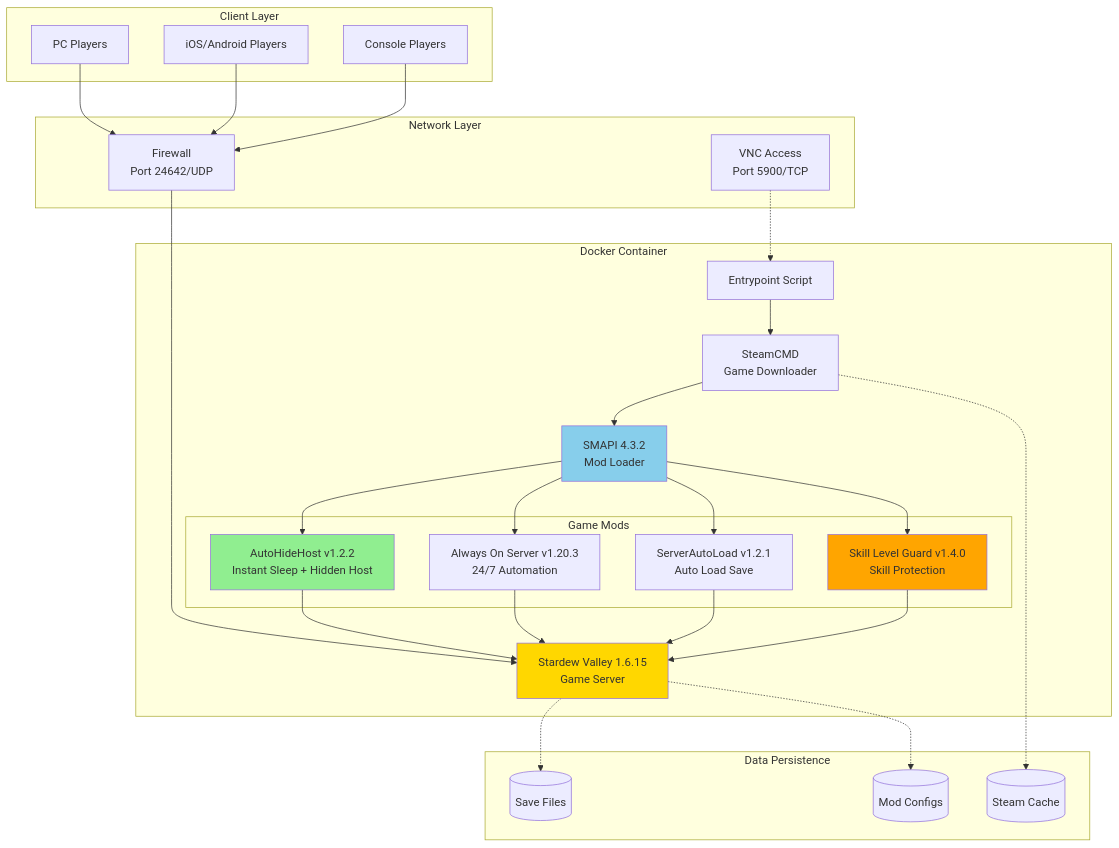
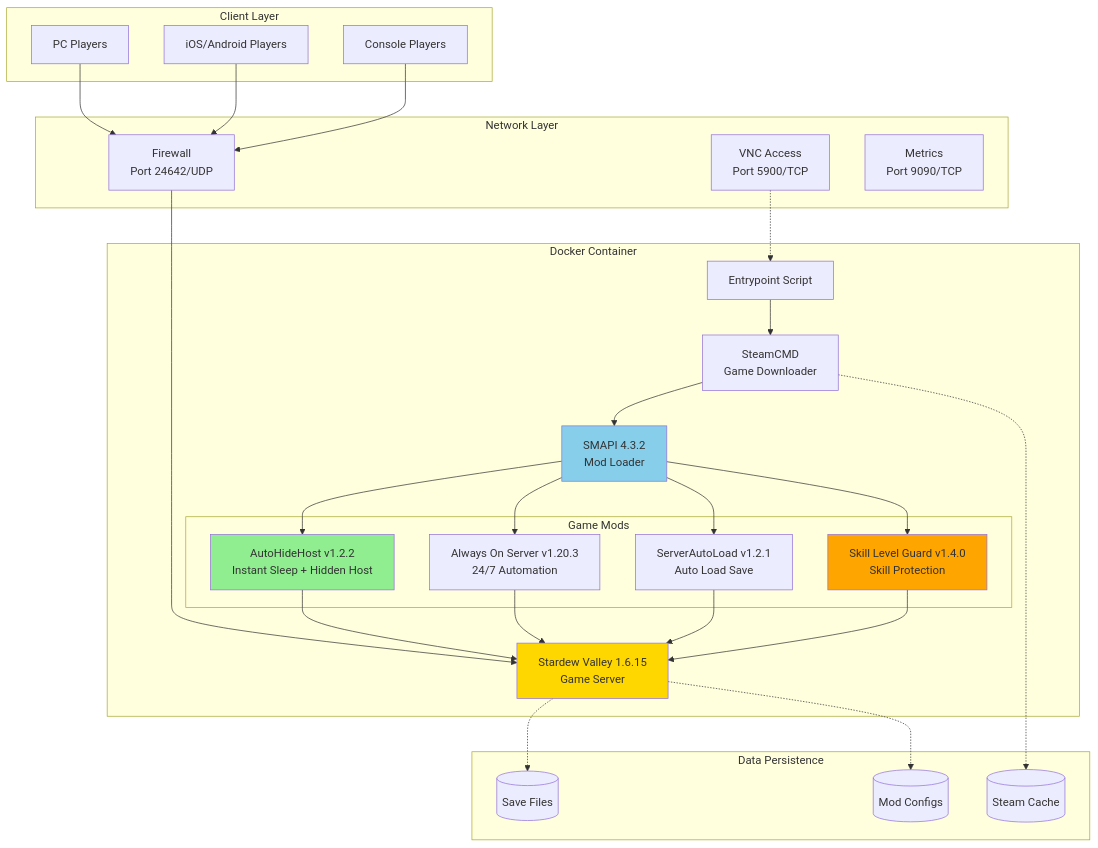
Before and after one commit to nothing3ok/stardew-server: the diagram in README.md, drawn with Mermaid. The commit also changed other lines of this file and 6 other files, not shown here.

````diff
--- a/README.md
+++ b/README.md
@@ -32,60 +32,61 @@
 ```mermaid
 graph TB
     subgraph "Client Layer"
         PC[PC Players]
         Mobile[iOS/Android Players]
         Console[Console Players]
     end
 
     subgraph "Network Layer"
         FW[Firewall<br/>Port 24642/UDP]
         VNC[VNC Access<br/>Port 5900/TCP]
+        Metrics[Metrics<br/>Port 9090/TCP]
     end
 
     subgraph "Docker Container"
         Entry[Entrypoint Script]
         Steam[SteamCMD<br/>Game Downloader]
         SMAPI[SMAPI 4.3.2<br/>Mod Loader]
 
         subgraph "Game Mods"
             AHH[AutoHideHost v1.2.2<br/>Instant Sleep + Hidden Host]
             AOS[Always On Server v1.20.3<br/>24/7 Automation]
             SAL[ServerAutoLoad v1.2.1<br/>Auto Load Save]
             SLG[Skill Level Guard v1.4.0<br/>Skill Protection]
         end
 
         Game[Stardew Valley 1.6.15<br/>Game Server]
     end
 
     subgraph "Data Persistence"
         Saves[(Save Files)]
         Config[(Mod Configs)]
         SteamData[(Steam Cache)]
     end
 
     PC --> FW
     Mobile --> FW
     Console --> FW
     FW --> Game
 
     VNC -.-> Entry
     Entry --> Steam
     Steam --> SMAPI
     SMAPI --> AHH
     SMAPI --> AOS
     SMAPI --> SAL
     SMAPI --> SLG
     AHH --> Game
     AOS --> Game
     SAL --> Game
     SLG --> Game
 
     Game -.-> Saves
     Game -.-> Config
     Steam -.-> SteamData
 
     style AHH fill:#90EE90
     style Game fill:#FFD700
     style SMAPI fill:#87CEEB
     style SLG fill:#FFA500
 ```
````
